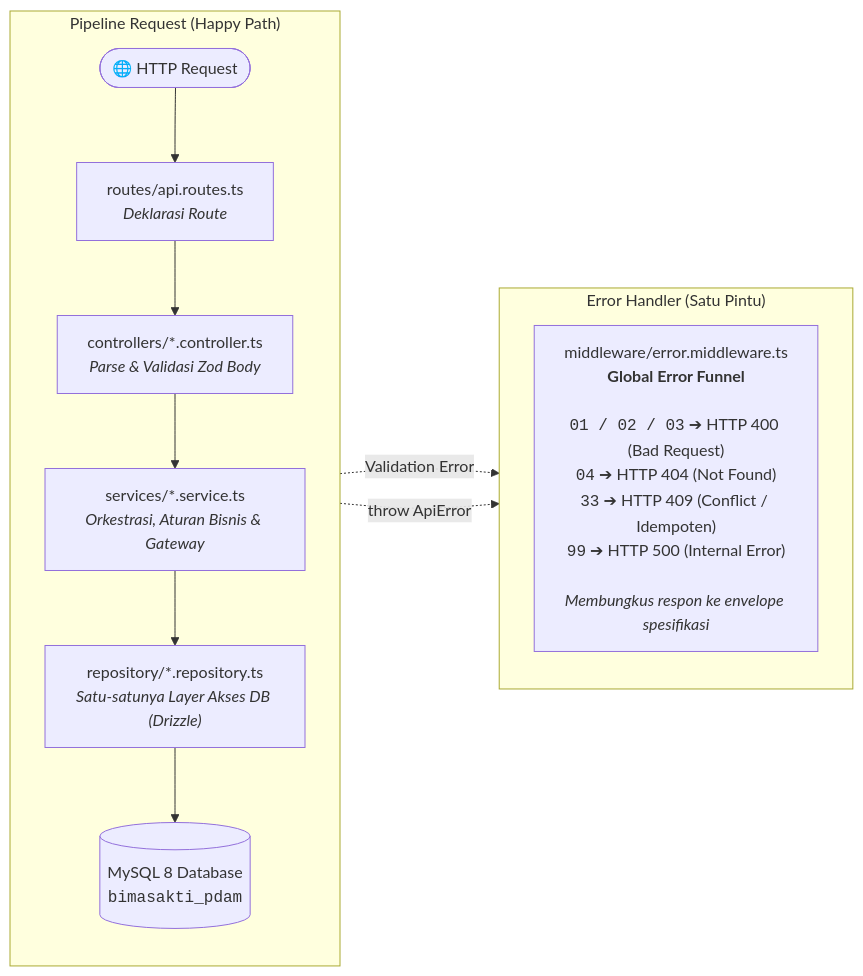
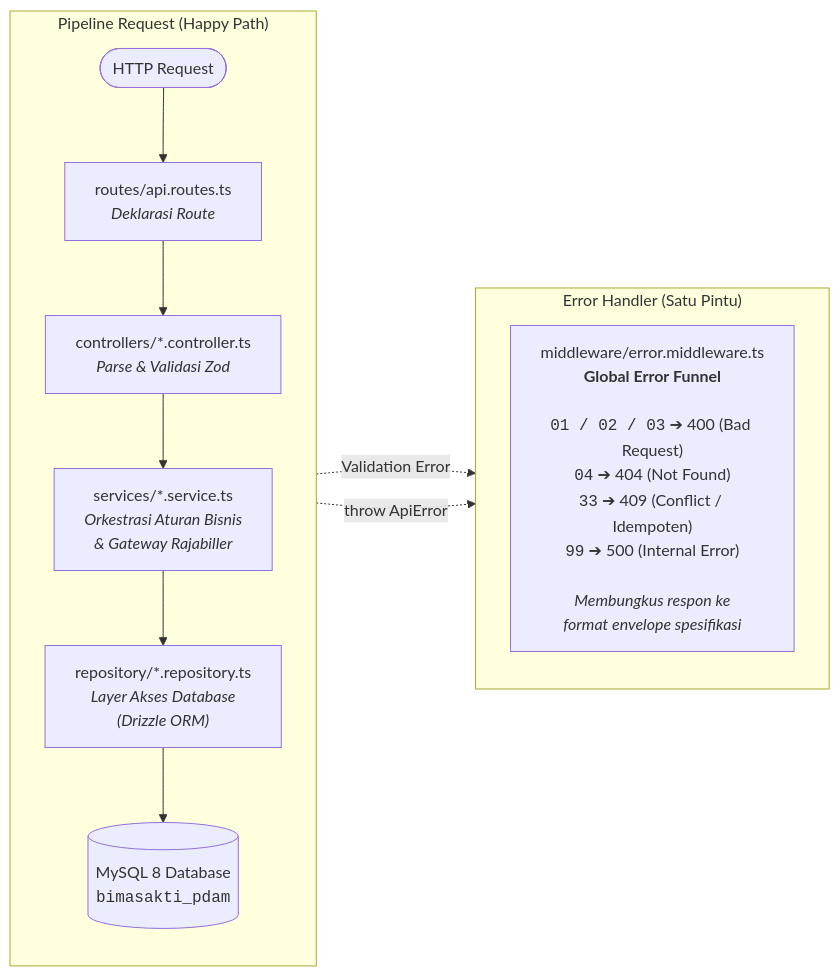
Before and after one commit to reysilvaa/bimasakti-multi-sinergi: the diagram in README.md, drawn with Mermaid. The commit also changed 1 other file, not shown here.

Commit message:
docs: remove globe emoji from HTTP Request node in README flowchart

````diff
--- a/README.md
+++ b/README.md
@@ -34,22 +34,22 @@
 ```mermaid
 flowchart LR
     subgraph MAIN ["Pipeline Request (Happy Path)"]
         direction TB
-        REQ(["🌐 HTTP Request"])
+        REQ(["HTTP Request"])
         ROUTE["routes/api.routes.ts<br/><i>Deklarasi Route</i>"]
-        CTRL["controllers/*.controller.ts<br/><i>Parse & Validasi Zod Body</i>"]
-        SVC["services/*.service.ts<br/><i>Orkestrasi, Aturan Bisnis & Gateway</i>"]
-        REPO["repository/*.repository.ts<br/><i>Satu-satunya Layer Akses DB (Drizzle)</i>"]
+        CTRL["controllers/*.controller.ts<br/><i>Parse & Validasi Zod</i>"]
+        SVC["services/*.service.ts<br/><i>Orkestrasi Aturan Bisnis<br/>& Gateway Rajabiller</i>"]
+        REPO["repository/*.repository.ts<br/><i>Layer Akses Database<br/>(Drizzle ORM)</i>"]
         DB[("MySQL 8 Database<br/><code>bimasakti_pdam</code>")]
 
         REQ --> ROUTE --> CTRL --> SVC --> REPO --> DB
     end
 
     subgraph ERROR_GATE ["Error Handler (Satu Pintu)"]
         direction TB
-        ERR["middleware/error.middleware.ts<br/><b>Global Error Funnel</b><br/><br/><code>01 / 02 / 03</code> ➔ HTTP 400 (Bad Request)<br/><code>04</code> ➔ HTTP 404 (Not Found)<br/><code>33</code> ➔ HTTP 409 (Conflict / Idempoten)<br/><code>99</code> ➔ HTTP 500 (Internal Error)<br/><br/><i>Membungkus respon ke envelope spesifikasi</i>"]
+        ERR["middleware/error.middleware.ts<br/><b>Global Error Funnel</b><br/><br/><code>01 / 02 / 03</code> ➔ 400 (Bad Request)<br/><code>04</code> ➔ 404 (Not Found)<br/><code>33</code> ➔ 409 (Conflict / Idempoten)<br/><code>99</code> ➔ 500 (Internal Error)<br/><br/><i>Membungkus respon ke<br/>format envelope spesifikasi</i>"]
     end
 
     CTRL -.->|Validation Error| ERR
     SVC -.->|throw ApiError| ERR
 ```
````
